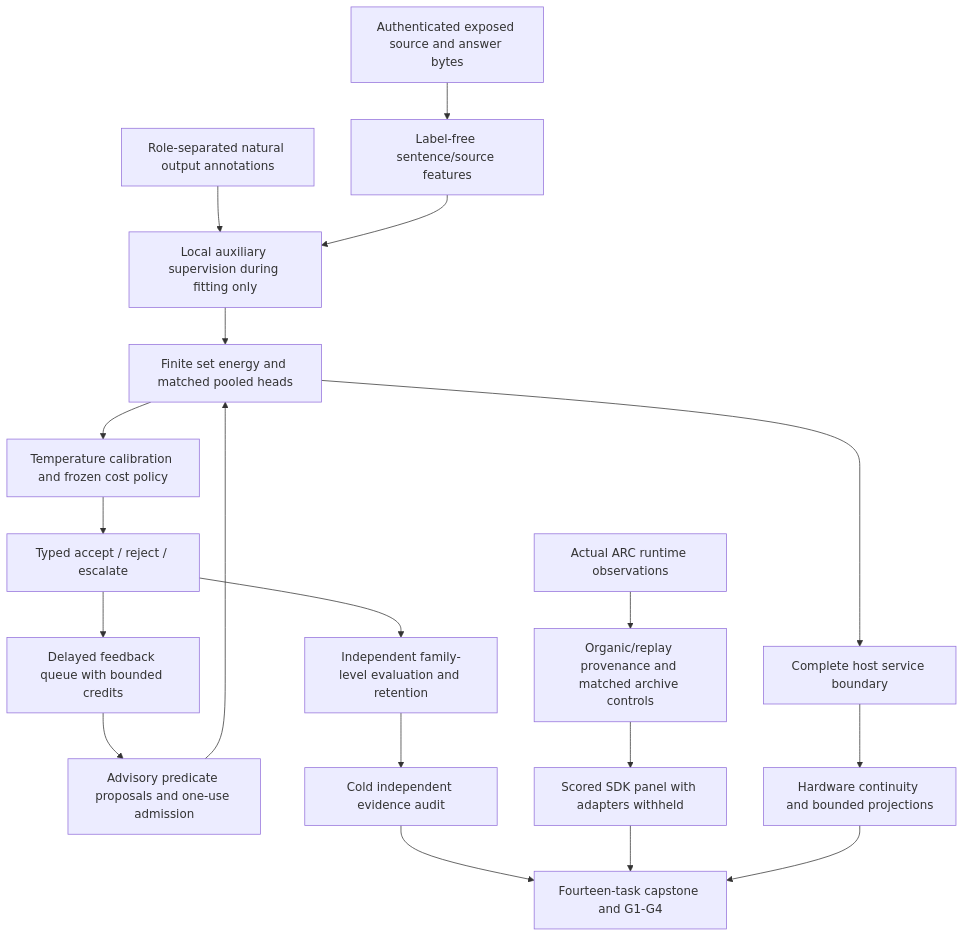
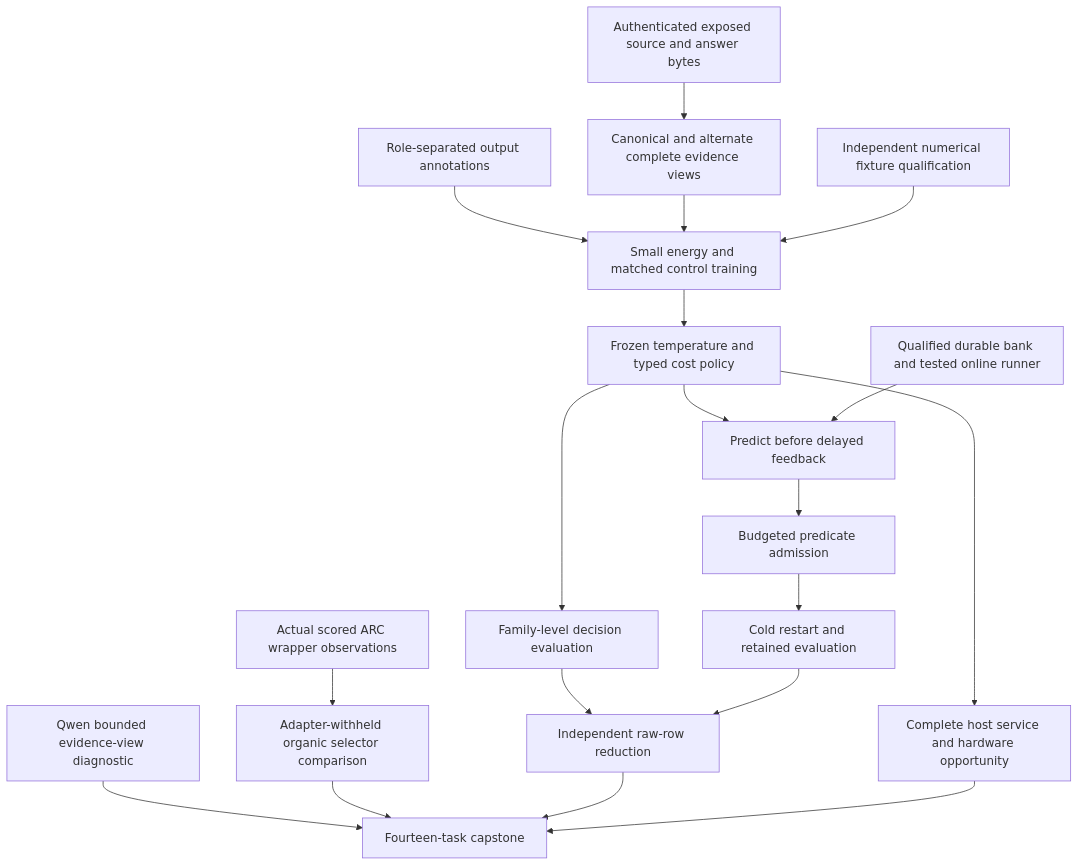
Before and after one commit to Carnot-EBM/carnot-ebm: the first of 2 diagrams in openspec/change-proposals/research-roadmap-vNEXT.md, drawn with Mermaid. The commit also changed other lines of this file and 16 other files, not shown here.

````diff
--- a/openspec/change-proposals/research-roadmap-vNEXT.md
+++ b/openspec/change-proposals/research-roadmap-vNEXT.md
@@ -78,21 +79,21 @@
 ```mermaid
 flowchart TD
-    A[Authenticated exposed source and answer bytes] --> B[Label-free sentence/source features]
-    L[Role-separated natural output annotations] --> T[Local auxiliary supervision during fitting only]
-    B --> T
-    T --> E[Finite set energy and matched pooled heads]
-    E --> C[Temperature calibration and frozen cost policy]
-    C --> D[Typed accept / reject / escalate]
-    D --> Q[Delayed feedback queue with bounded credits]
-    Q --> K[Advisory predicate proposals and one-use admission]
-    K --> E
-    D --> V[Independent family-level evaluation and retention]
-    V --> I[Cold independent evidence audit]
-    X[Actual ARC runtime observations] --> O[Organic/replay provenance and matched archive controls]
-    O --> R[Scored SDK panel with adapters withheld]
-    E --> S[Complete host service boundary]
-    S --> H[Hardware continuity and bounded projections]
-    I --> Z[Fourteen-task capstone and G1-G4]
-    R --> Z
-    H --> Z
+    S[Authenticated exposed source and answer bytes] --> V[Canonical and alternate complete evidence views]
+    L[Role-separated output annotations] --> T[Small energy and matched control training]
+    V --> T
+    Q[Independent numerical fixture qualification] --> T
+    T --> P[Frozen temperature and typed cost policy]
+    P --> E[Family-level decision evaluation]
+    P --> O[Predict before delayed feedback]
+    B[Qualified durable bank and tested online runner] --> O
+    O --> A[Budgeted predicate admission]
+    A --> R[Cold restart and retained evaluation]
+    E --> I[Independent raw-row reduction]
+    R --> I
+    G[Qwen bounded evidence-view diagnostic] --> C[Fourteen-task capstone]
+    X[Actual scored ARC wrapper observations] --> Y[Adapter-withheld organic selector comparison]
+    Y --> C
+    P --> H[Complete host service and hardware opportunity]
+    I --> C
+    H --> C
 ```
````
